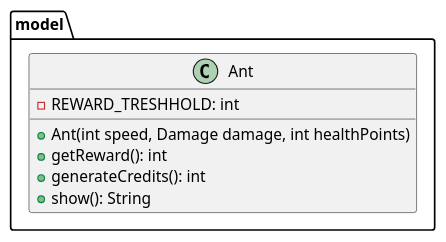
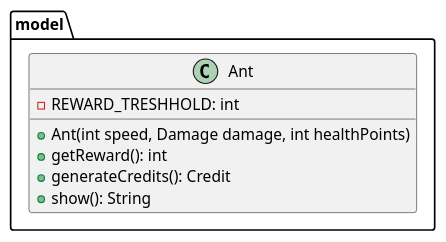
Before and after one commit to alejandrodelcs/algo3_tp2: the diagram in diagrams/classes/algoDefense/model/enemy/Ant.puml, drawn with PlantUML. The commit also changed 25 other files, not shown here.

First line of the commit message:
UML: finished all diagrams

```diff
--- a/diagrams/classes/algoDefense/model/enemy/Ant.puml
+++ b/diagrams/classes/algoDefense/model/enemy/Ant.puml
@@ -1,15 +1,15 @@
 @startuml
 'https://plantuml.com/class-diagram
 
 package model {
     class Ant {
         - REWARD_TRESHHOLD: int
 
         + Ant(int speed, Damage damage, int healthPoints)
         + getReward(): int
-        + generateCredits(): int
+        + generateCredits(): Credit
         + show(): String
     }
 }
 
 @enduml
```
